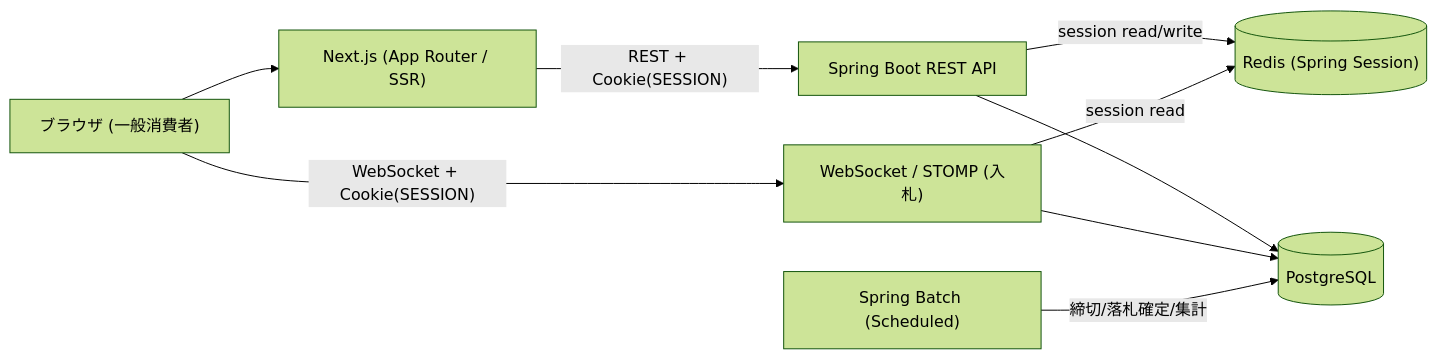
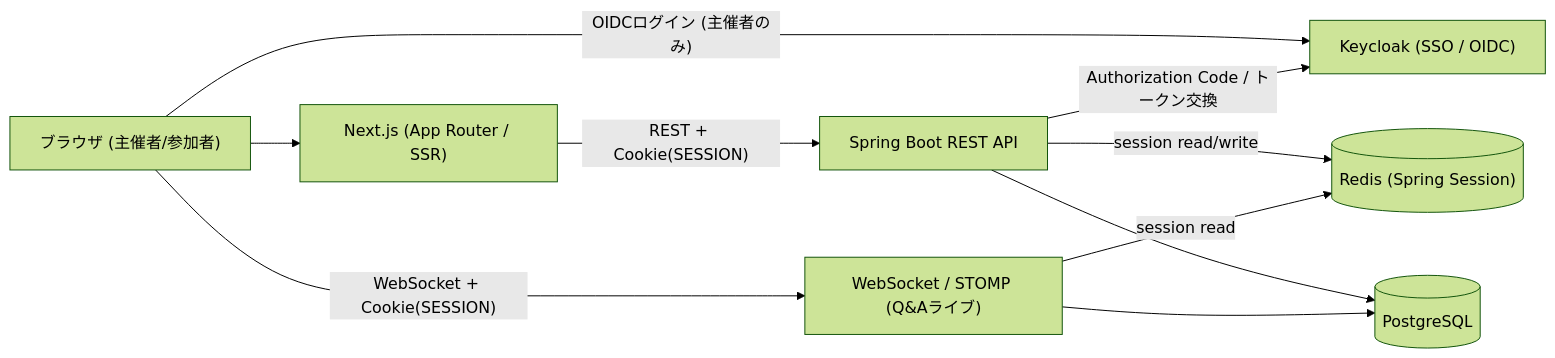
One commit to muscat2356/LiveQA-app changed the first of 3 diagrams in docs/architecture.md. Above: the diagram before and after it, drawn with Mermaid (forest theme). The commit also changed other lines of this file and 22 other files, not shown here.

````diff
--- a/docs/architecture.md
+++ b/docs/architecture.md
@@ -5,19 +7,20 @@
 ```mermaid
 flowchart LR
-    Browser["ブラウザ (一般消費者)"]
+    Browser["ブラウザ (主催者/参加者)"]
     Next["Next.js (App Router / SSR)"]
     API["Spring Boot REST API"]
-    WS["WebSocket / STOMP (入札)"]
-    Batch["Spring Batch (Scheduled)"]
+    WS["WebSocket / STOMP (Q&Aライブ)"]
+    KC["Keycloak (SSO / OIDC)"]
     Redis[("Redis (Spring Session)")]
     DB[("PostgreSQL")]
 
     Browser --> Next
+    Browser -->|"OIDCログイン (主催者のみ)"| KC
+    API -->|"Authorization Code / トークン交換"| KC
     Next -->|"REST + Cookie(SESSION)"| API
     Browser -->|"WebSocket + Cookie(SESSION)"| WS
     API -->|"session read/write"| Redis
     WS -->|"session read"| Redis
     API --> DB
     WS --> DB
-    Batch -->|"締切/落札確定/集計"| DB
 ```
````
